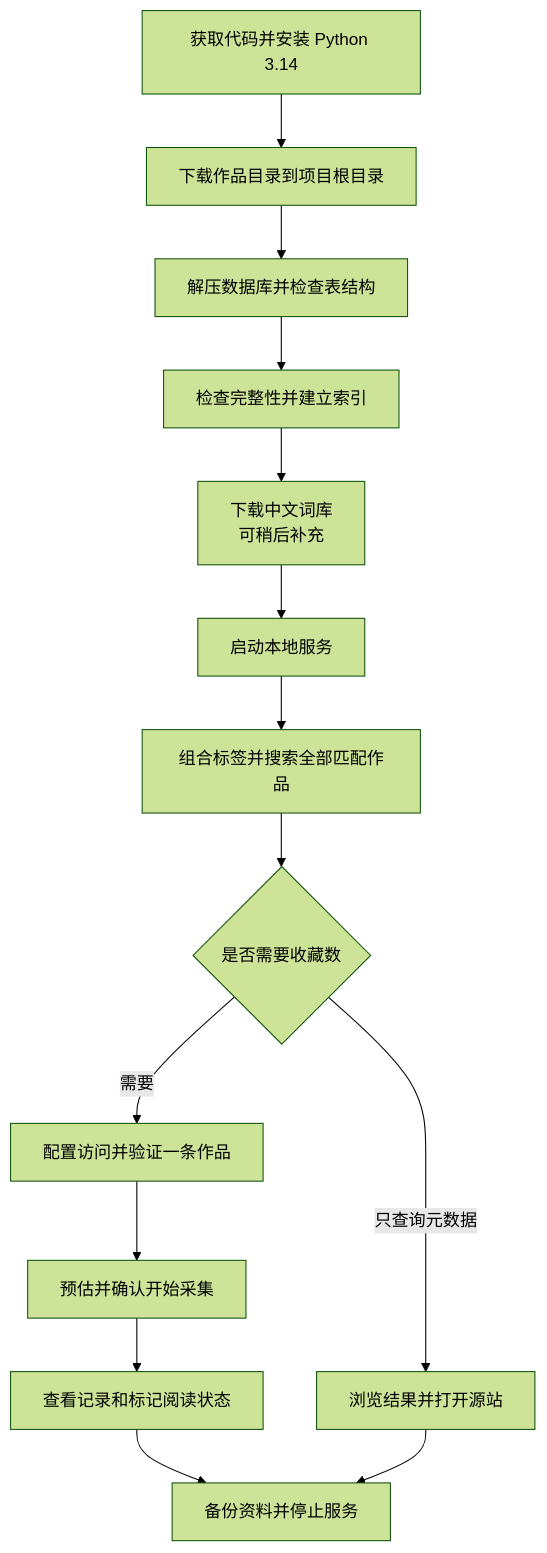
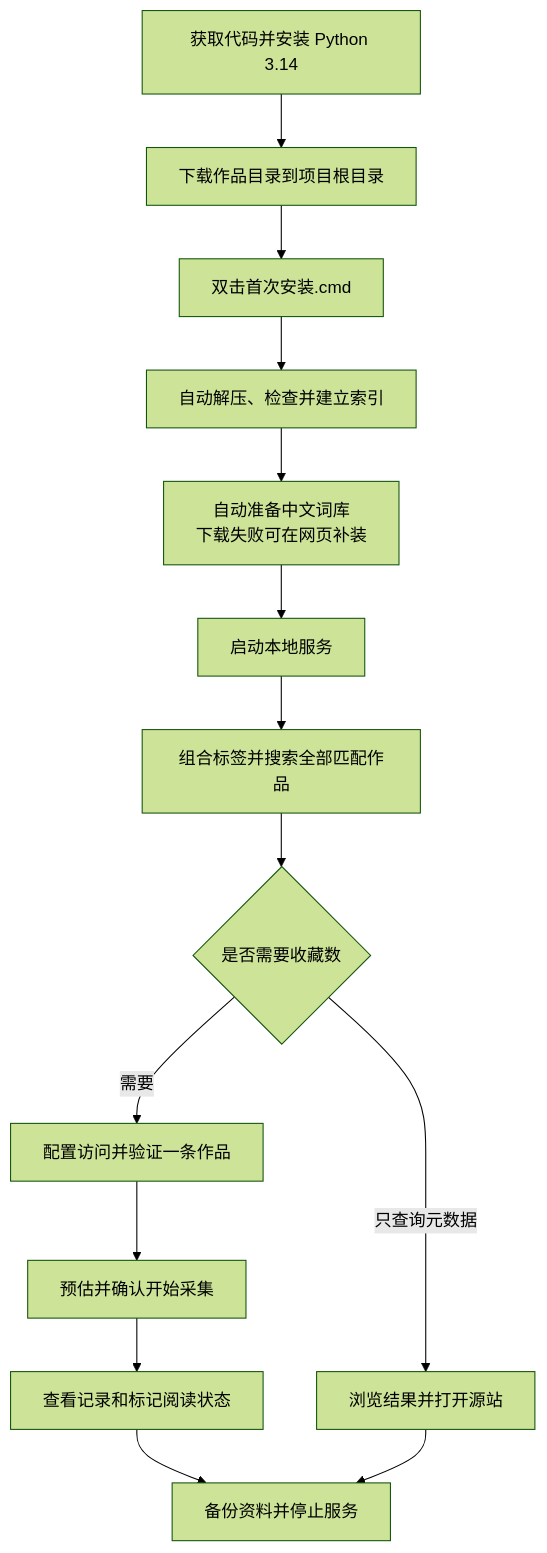
Before and after one commit to IGreyeyes/exhentai-local-catalog: the diagram in README.md, drawn with Mermaid (forest theme). The commit also changed other lines of this file and 12 other files, not shown here.

````diff
--- a/README.md
+++ b/README.md
@@ -132,16 +115,16 @@
 ```mermaid
 flowchart TD
     A[获取代码并安装 Python 3.14] --> B[下载作品目录到项目根目录]
-    B --> C[解压数据库并检查表结构]
-    C --> D[检查完整性并建立索引]
-    D --> E[下载中文词库<br/>可稍后补充]
+    B --> C[双击首次安装.cmd]
+    C --> D[自动解压、检查并建立索引]
+    D --> E[自动准备中文词库<br/>下载失败可在网页补装]
     E --> F[启动本地服务]
     F --> G[组合标签并搜索全部匹配作品]
     G --> H{是否需要收藏数}
     H -->|只查询元数据| I[浏览结果并打开源站]
     H -->|需要| J[配置访问并验证一条作品]
     J --> K[预估并确认开始采集]
     K --> L[查看记录和标记阅读状态]
     L --> M[备份资料并停止服务]
     I --> M
 ```
````
